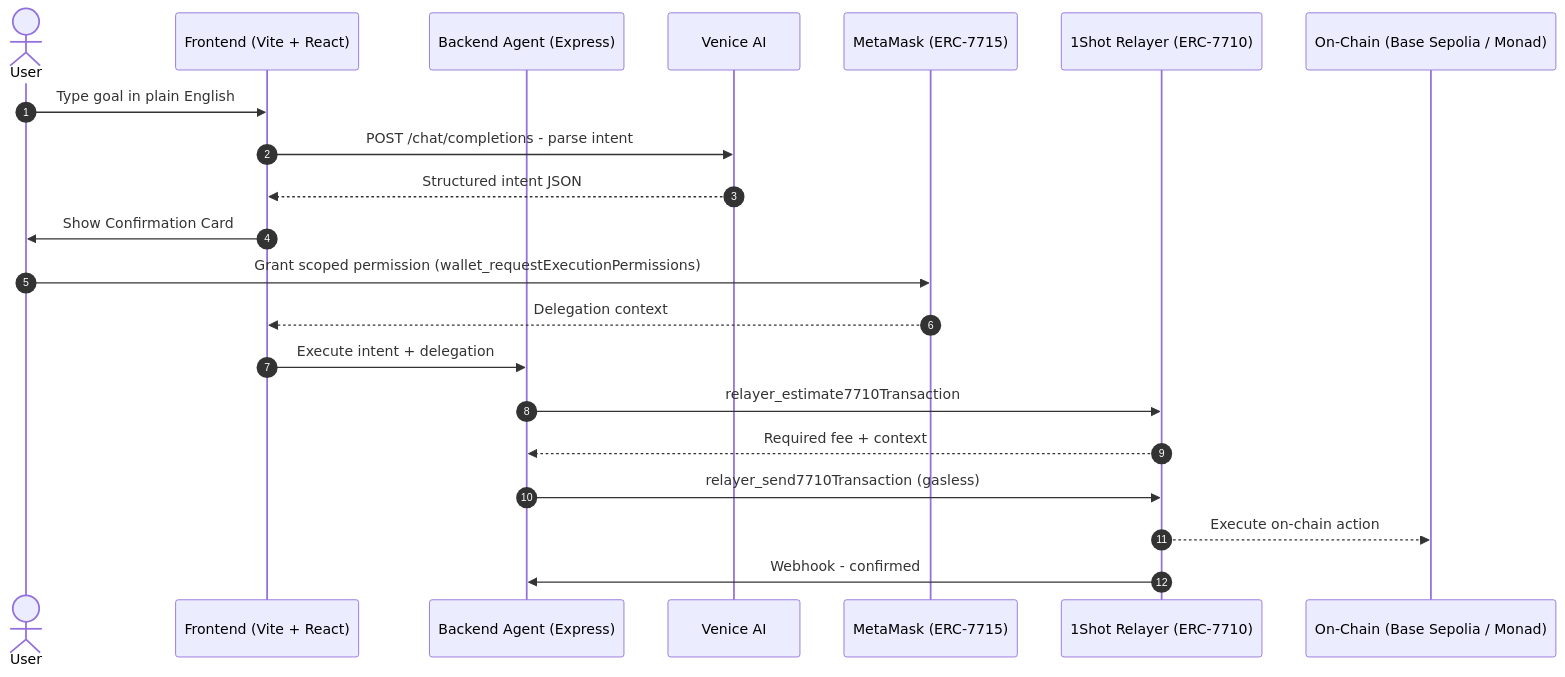
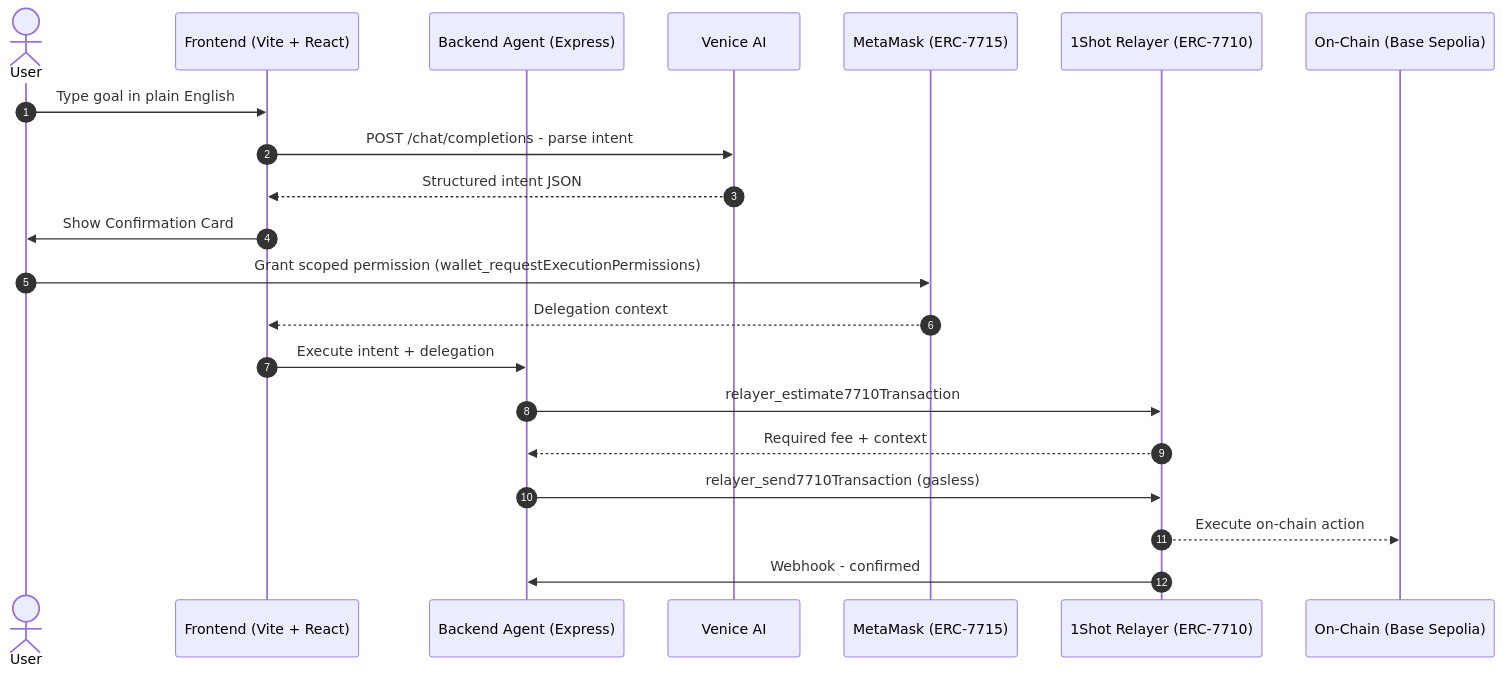
The second of 2 diagrams in README.md (JaDi03/GlassVault), drawn with Mermaid before and after one commit. The commit also changed other lines of this file and 4 other files, not shown here.

Commit message:
chore: remove monad network, focus only on base sepolia

````diff
--- a/README.md
+++ b/README.md
@@ -87,24 +87,24 @@
 ```mermaid
 sequenceDiagram
     autonumber
     actor User
     participant UI as Frontend (Vite + React)
     participant API as Backend Agent (Express)
     participant Venice as Venice AI
     participant MM as MetaMask (ERC-7715)
     participant Relay as 1Shot Relayer (ERC-7710)
-    participant Chain as On-Chain (Base Sepolia / Monad)
+    participant Chain as On-Chain (Base Sepolia)
 
     User->>UI: Type goal in plain English
     UI->>Venice: POST /chat/completions - parse intent
     Venice-->>UI: Structured intent JSON
     UI->>User: Show Confirmation Card
     User->>MM: Grant scoped permission (wallet_requestExecutionPermissions)
     MM-->>UI: Delegation context
     UI->>API: Execute intent + delegation
     API->>Relay: relayer_estimate7710Transaction
     Relay-->>API: Required fee + context
     API->>Relay: relayer_send7710Transaction (gasless)
     Relay-->>Chain: Execute on-chain action
     Relay->>API: Webhook - confirmed
 ```
````
